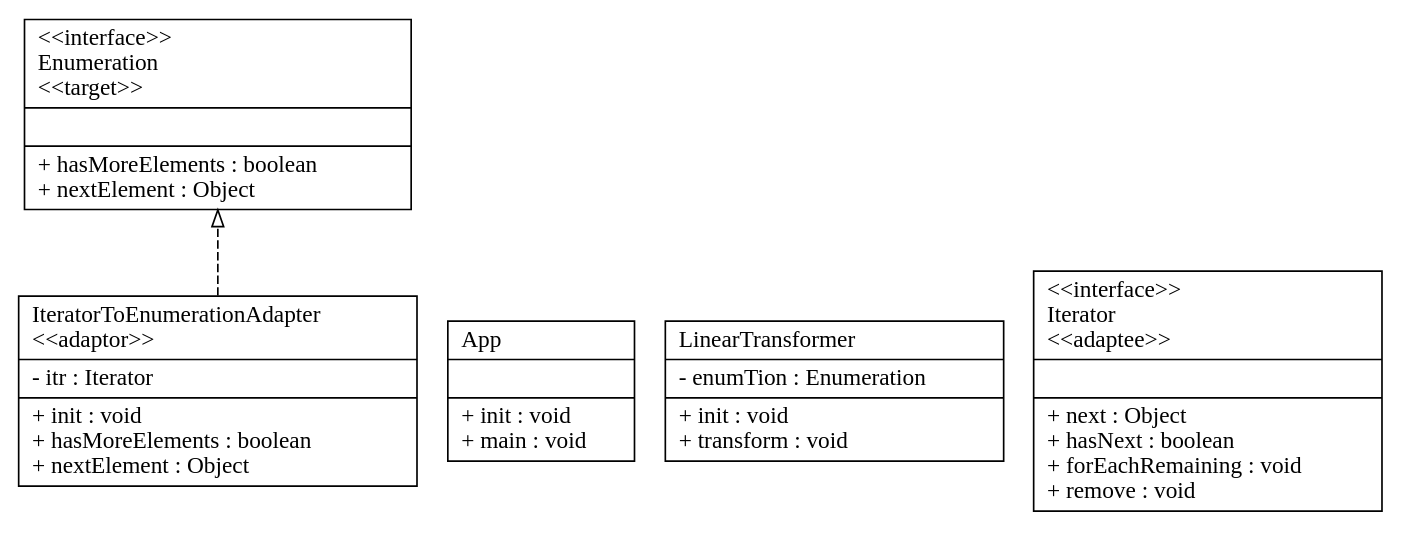
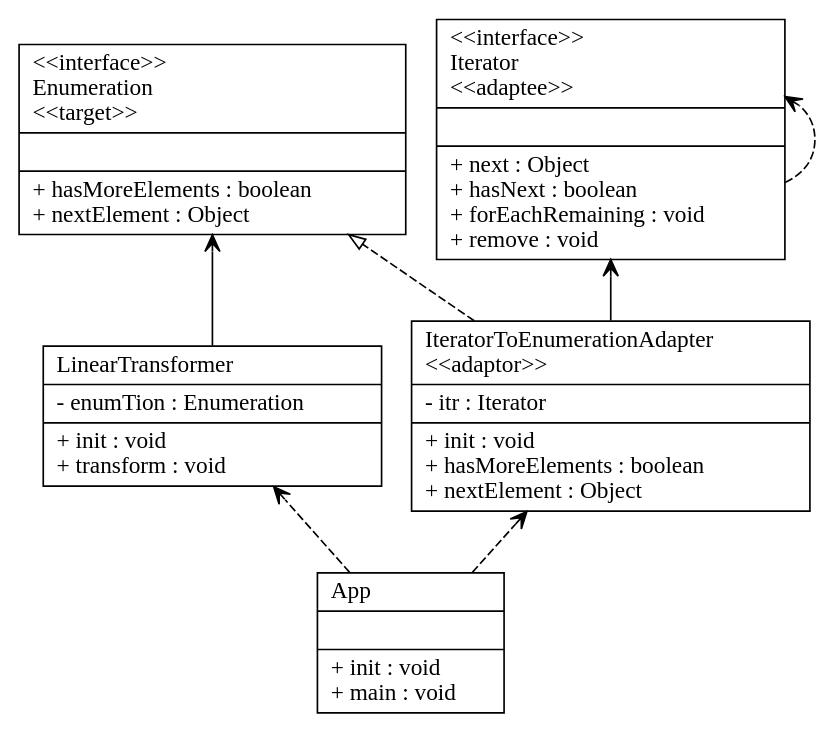
The diagram in graph_text/generated_graph.gv (cbudo/UMLCreator), drawn with Graphviz before and after one commit. The commit also changed 11 other files, not shown here.

```diff
--- a/graph_text/generated_graph.gv
+++ b/graph_text/generated_graph.gv
@@ -1,44 +1,49 @@
 digraph UML_Diagram
 {
 rankdir=BT;
 
 IteratorToEnumerationAdapter [
 shape = "record", color="black",
 label = "{IteratorToEnumerationAdapter\l\<\<adaptor\>\>\l|
 - itr : Iterator\l
 |+ init : void\l
 + hasMoreElements : boolean\l
 + nextElement : Object\l
 }"];
 IteratorToEnumerationAdapter -> Enumeration [arrowhead="onormal", style="dashed"];
 
 App [
 shape = "record", color="black",
 label = "{App\l|
 |+ init : void\l
 + main : void\l
 }"];
 
 LinearTransformer [
 shape = "record", color="black",
 label = "{LinearTransformer\l|
 - enumTion : Enumeration\l
 |+ init : void\l
 + transform : void\l
 }"];
 
 Iterator [
 shape = "record",
 label = "{\<\<interface\>\>\lIterator\l\<\<adaptee\>\>\l||+ next : Object\l
 + hasNext : boolean\l
 + forEachRemaining : void\l
 + remove : void\l
 }"];
 
 Enumeration [
 shape = "record",
 label = "{\<\<interface\>\>\lEnumeration\l\<\<target\>\>\l||+ hasMoreElements : boolean\l
 + nextElement : Object\l
 }"];
+App -> IteratorToEnumerationAdapter [arrowhead="vee", style="dashed"];
+App -> LinearTransformer [arrowhead="vee", style="dashed"];
+Iterator -> Iterator [arrowhead="vee", style="dashed"];
+IteratorToEnumerationAdapter -> Iterator [arrowhead="vee", style="solid"];
+LinearTransformer -> Enumeration [arrowhead="vee", style="solid"];
 
 }
```
